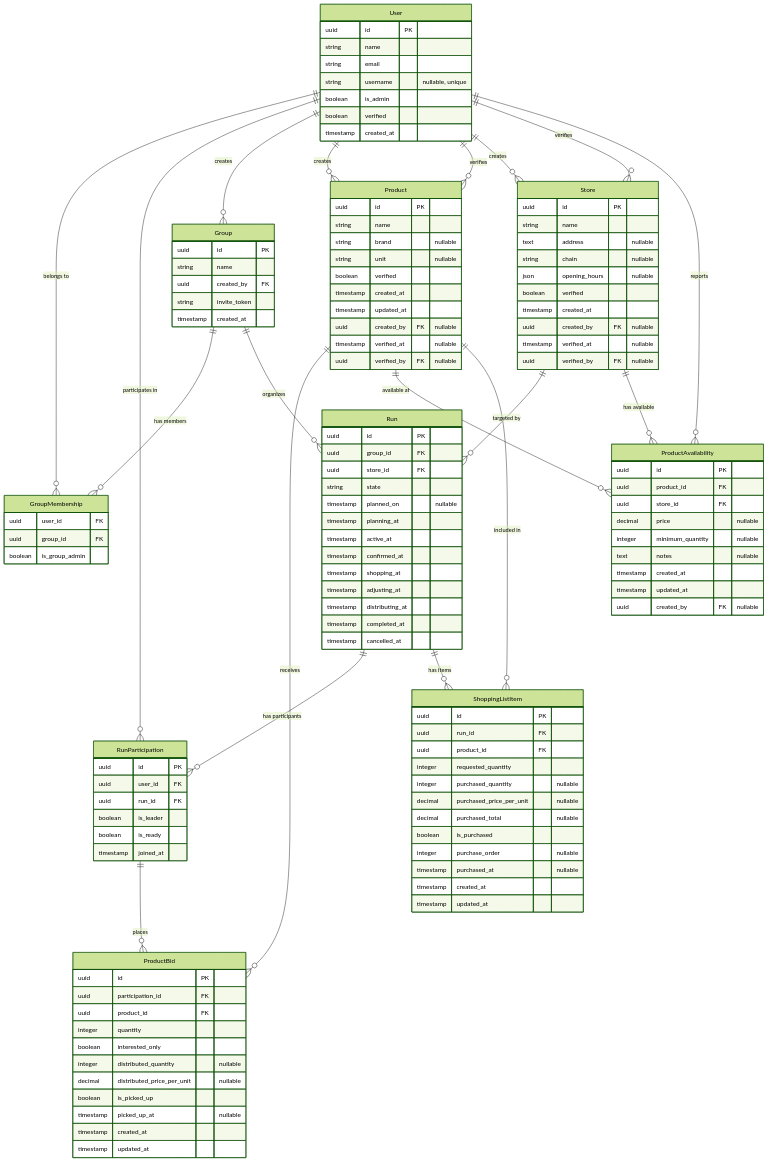
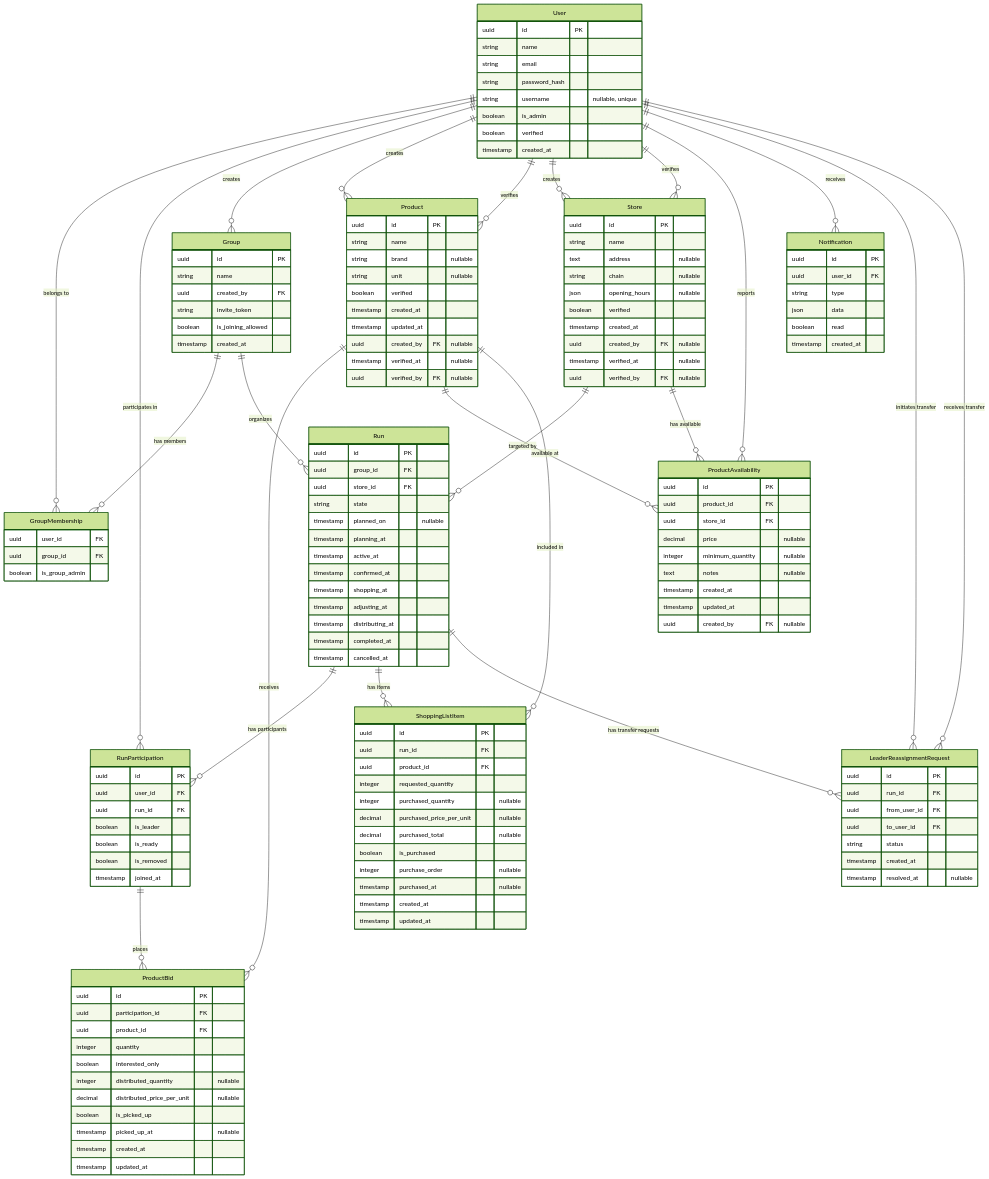
One commit to nedrrelm/bulq changed the diagram in docs/database_schema.md. Above: the diagram before and after it, drawn with Mermaid (forest theme). The commit also changed other lines of this file, not shown here.

Commit message:
Update database schema

````diff
--- a/docs/database_schema.md
+++ b/docs/database_schema.md
@@ -8,6 +8,7 @@
         uuid id PK
         string name
         string email
+        string password_hash
         string username "nullable, unique"
         boolean is_admin
         boolean verified
@@ -19,6 +20,7 @@
         string name
         uuid created_by FK
         string invite_token
+        boolean is_joining_allowed
         timestamp created_at
     }
 
@@ -44,6 +46,7 @@
         uuid run_id FK
         boolean is_leader
         boolean is_ready
+        boolean is_removed
         timestamp joined_at
     }
 
@@ -120,6 +123,25 @@
         boolean is_group_admin
     }
 
+    Notification {
+        uuid id PK
+        uuid user_id FK
+        string type
+        json data
+        boolean read
+        timestamp created_at
+    }
+
+    LeaderReassignmentRequest {
+        uuid id PK
+        uuid run_id FK
+        uuid from_user_id FK
+        uuid to_user_id FK
+        string status
+        timestamp created_at
+        timestamp resolved_at "nullable"
+    }
+
     User ||--o{ GroupMembership : "belongs to"
     Group ||--o{ GroupMembership : "has members"
     Group ||--o{ Run : "organizes"
@@ -138,4 +160,8 @@
     Store ||--o{ ProductAvailability : "has available"
     Run ||--o{ ShoppingListItem : "has items"
     Product ||--o{ ShoppingListItem : "included in"
+    User ||--o{ Notification : "receives"
+    Run ||--o{ LeaderReassignmentRequest : "has transfer requests"
+    User ||--o{ LeaderReassignmentRequest : "initiates transfer"
+    User ||--o{ LeaderReassignmentRequest : "receives transfer"
 ```
````
